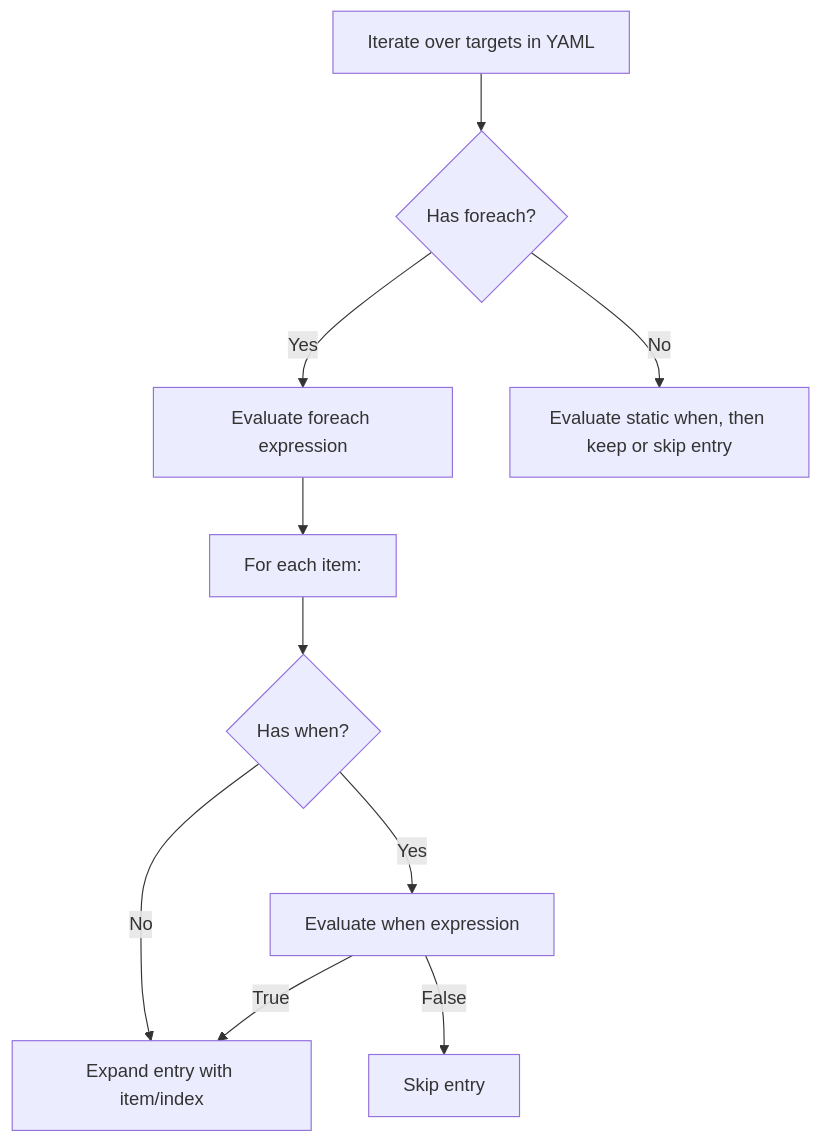
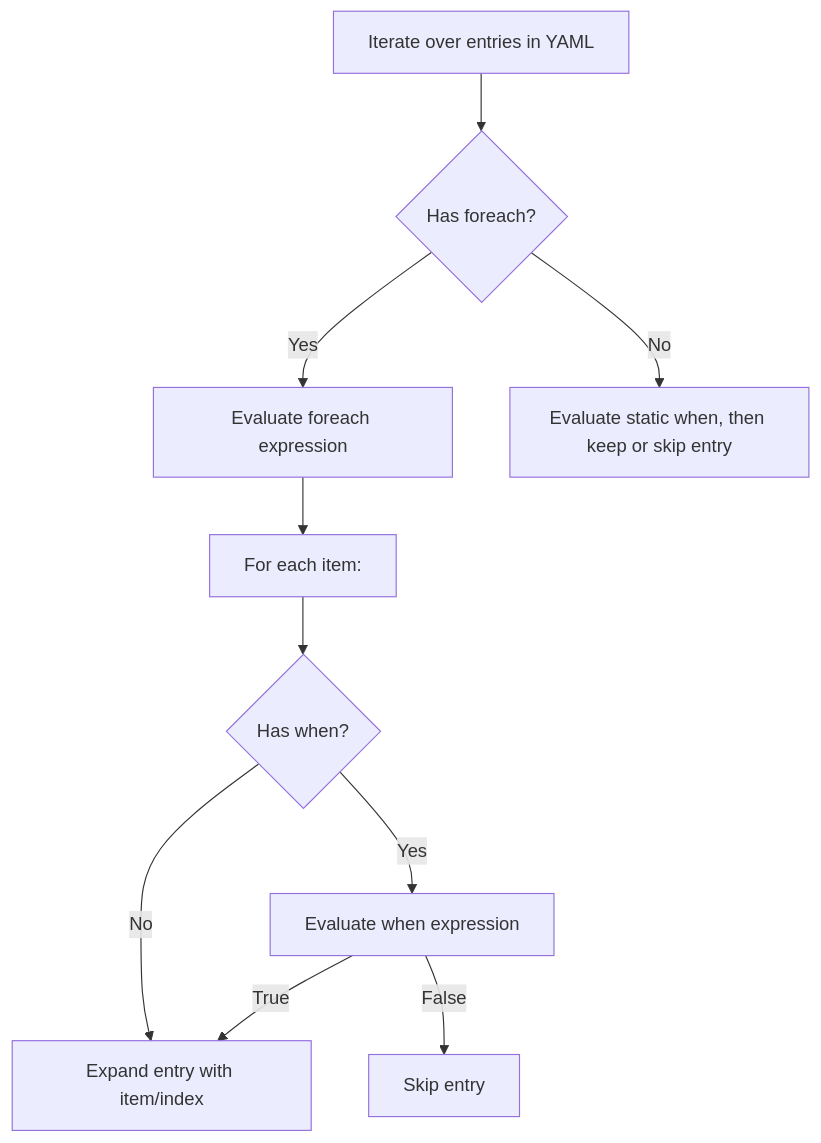
The third of 12 diagrams in docs/netsuke-design.md (leynos/netsuke), drawn with Mermaid before and after one commit. The commit also changed other lines of this file, not shown here.

First line of the commit message:
Clarify foreach variable precedence

````diff
--- a/docs/netsuke-design.md
+++ b/docs/netsuke-design.md
@@ -433,12 +433,12 @@
 ```mermaid
 flowchart TD
-    A[Iterate over targets in YAML] --> B{Has foreach?}
+    A[Iterate over entries in YAML] --> B{Has foreach?}
     B -- Yes --> C[Evaluate foreach expression]
     C --> D[For each item:]
     D --> E{Has when?}
     E -- Yes --> F[Evaluate when expression]
     F -- True --> G[Expand entry with item/index]
     F -- False --> H[Skip entry]
     E -- No --> G
     B -- No --> I[Evaluate static when, then keep or skip entry]
 ```
````
